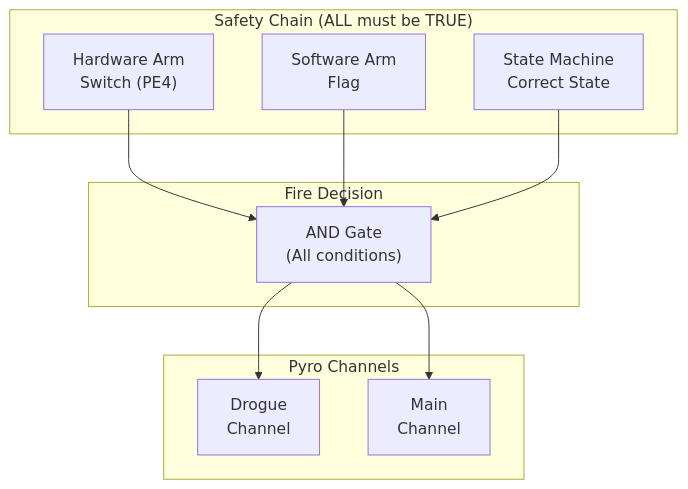
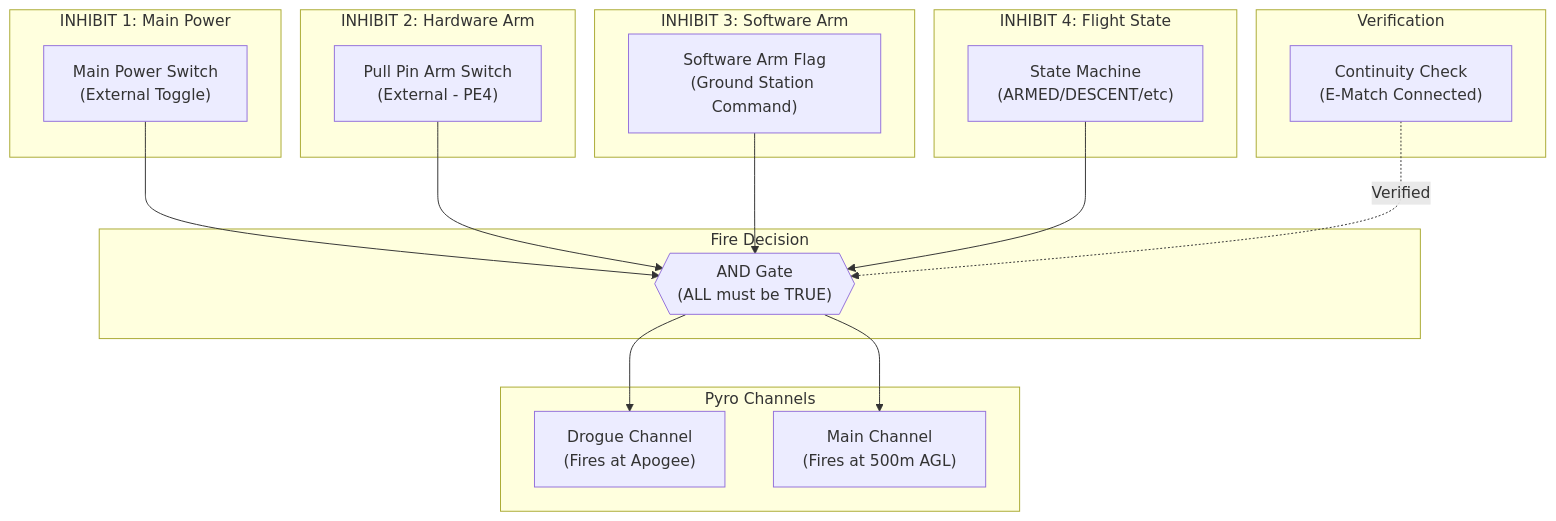
The seventh of 13 diagrams in docs/power-system.md (Bumply/ANKA-IREC-2026), drawn with Mermaid before and after one commit. The commit also changed other lines of this file, not shown here.

First line of the commit message:
Add 4-inhibit pyro arming system (IREC compliant)

````diff
--- a/docs/power-system.md
+++ b/docs/power-system.md
@@ -311,23 +313,39 @@
 ```mermaid
 flowchart TB
-    subgraph SAFETY["Safety Chain (ALL must be TRUE)"]
-        HW["Hardware Arm<br/>Switch (PE4)"]
-        SW["Software Arm<br/>Flag"]
-        STATE["State Machine<br/>Correct State"]
+    subgraph INHIBIT1["INHIBIT 1: Main Power"]
+        PWR["Main Power Switch<br/>(External Toggle)"]
+    end
+
+    subgraph INHIBIT2["INHIBIT 2: Hardware Arm"]
+        ARM["Pull Pin Arm Switch<br/>(External - PE4)"]
+    end
+
+    subgraph INHIBIT3["INHIBIT 3: Software Arm"]
+        SW["Software Arm Flag<br/>(Ground Station Command)"]
+    end
+
+    subgraph INHIBIT4["INHIBIT 4: Flight State"]
+        STATE["State Machine<br/>(ARMED/DESCENT/etc)"]
+    end
+
+    subgraph VERIFY["Verification"]
+        CONT["Continuity Check<br/>(E-Match Connected)"]
     end
 
     subgraph FIRE["Fire Decision"]
-        AND["AND Gate<br/>(All conditions)"]
+        AND{{"AND Gate<br/>(ALL must be TRUE)"}}
     end
 
     subgraph PYRO["Pyro Channels"]
-        DRG["Drogue<br/>Channel"]
-        MAIN["Main<br/>Channel"]
+        DRG["Drogue Channel<br/>(Fires at Apogee)"]
+        MAIN["Main Channel<br/>(Fires at 500m AGL)"]
     end
 
-    HW --> AND
+    PWR --> AND
+    ARM --> AND
     SW --> AND
     STATE --> AND
+    CONT -.->|"Verified"| AND
     AND --> DRG
     AND --> MAIN
 ```
````
